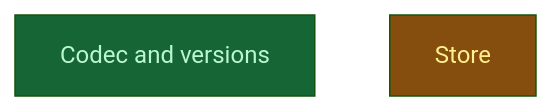
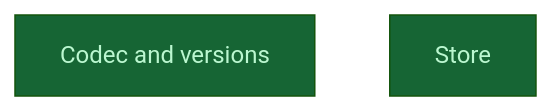
The diagram in __roadmap__/m1-core-foundation/settle/build/codec/README.md (CrackingShells/cracking-shells-playbook), drawn with Mermaid (forest theme) before and after one commit. The commit also changed other lines of this file and 11 other files, not shown here.

First line of the commit message:
chore(roadmap): mark the m1-core-foundation campaign done

````diff
--- a/__roadmap__/m1-core-foundation/settle/build/codec/README.md
+++ b/__roadmap__/m1-core-foundation/settle/build/codec/README.md
@@ -19,10 +19,10 @@
 ```mermaid
 graph TD
     codec_and_versions[Codec and versions]:::done
-    store[Store]:::inprogress
+    store[Store]:::done
     classDef done       fill:#166534,color:#bbf7d0
     classDef inprogress fill:#854d0e,color:#fef08a
     classDef planned    fill:#374151,color:#e5e7eb
     classDef amendment  fill:#1e3a5f,color:#bfdbfe
     classDef blocked    fill:#7f1d1d,color:#fecaca
 ```
````
